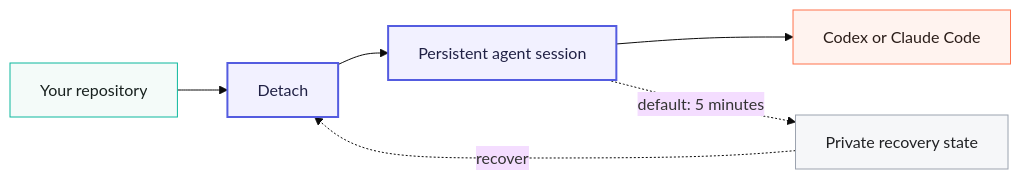
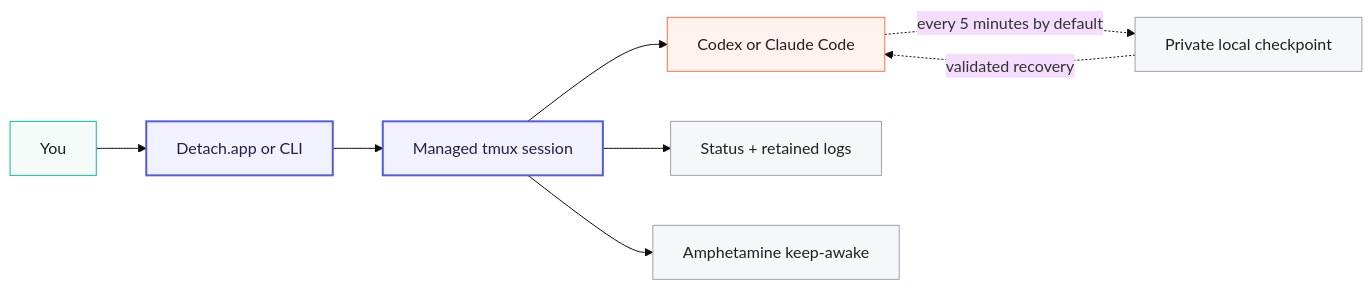
Before and after one commit to iltsarev/detach: the diagram in README.md, drawn with Mermaid (base theme). The commit also changed other lines of this file, not shown here.

````diff
--- a/README.md
+++ b/README.md
@@ -169,17 +151,19 @@
 ```mermaid
 flowchart LR
-    R["Your repository"] --> D["Detach"]
-    D --> T["Persistent agent session"]
+    U["You"] --> D["Detach.app or CLI"]
+    D --> T["Managed tmux session"]
     T --> P["Codex or Claude Code"]
-    T -. "default: 5 minutes" .-> C["Private recovery state"]
-    C -. "recover" .-> D
+    T --> O["Status + retained logs"]
+    T --> A["Amphetamine keep-awake"]
+    P -. "every 5 minutes by default" .-> C["Private local checkpoint"]
+    C -. "validated recovery" .-> P
 
-    classDef repo fill:#F4FBF9,stroke:#0DB89E,color:#18211F;
+    classDef user fill:#F4FBF9,stroke:#0DB89E,color:#18211F;
     classDef detach fill:#F2F1FF,stroke:#545CE0,color:#202145,stroke-width:2px;
     classDef provider fill:#FFF3EF,stroke:#FF734D,color:#2B1D19;
     classDef state fill:#F6F7F9,stroke:#9CA3AF,color:#202124;
-    class R repo;
+    class U user;
     class D,T detach;
     class P provider;
-    class C state;
+    class O,A,C state;
 ```
````
